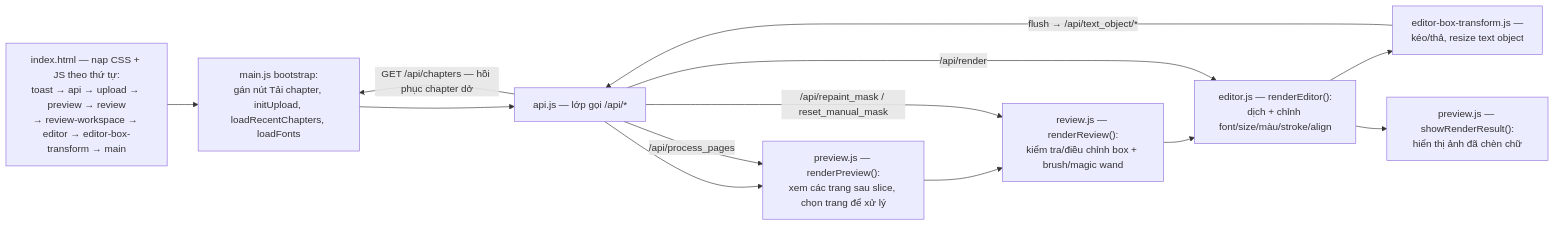
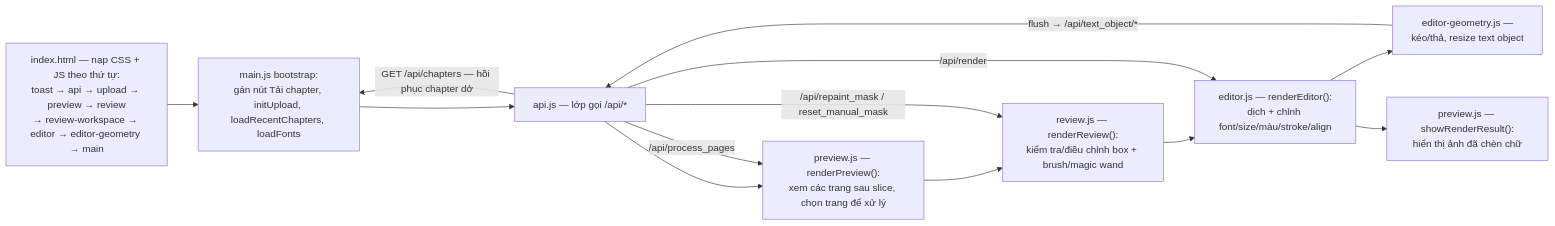
Before and after one commit to tuantran00541-spec/manga-translator: diagram 11 of 12 in docs/ARCHITECTURE.md, drawn with Mermaid. The commit also changed other lines of this file and 23 other files, not shown here.

````diff
--- a/docs/ARCHITECTURE.md
+++ b/docs/ARCHITECTURE.md
@@ -287,15 +287,15 @@
 ```mermaid
 flowchart LR
-    A["index.html — nạp CSS + JS theo thứ tự:<br/>toast → api → upload → preview → review<br/>→ review-workspace → editor → editor-box-transform → main"] --> B["main.js bootstrap:<br/>gán nút Tải chapter, initUpload, loadRecentChapters, loadFonts"]
+    A["index.html — nạp CSS + JS theo thứ tự:<br/>toast → api → upload → preview → review<br/>→ review-workspace → editor → editor-geometry → main"] --> B["main.js bootstrap:<br/>gán nút Tải chapter, initUpload, loadRecentChapters, loadFonts"]
     B --> C["api.js — lớp gọi /api/*"]
     C --> D["preview.js — renderPreview():<br/>xem các trang sau slice, chọn trang để xử lý"]
     D --> E["review.js — renderReview():<br/>kiểm tra/điều chỉnh box + brush/magic wand"]
     E --> F["editor.js — renderEditor():<br/>dịch + chỉnh font/size/màu/stroke/align"]
-    F --> G["editor-box-transform.js —<br/>kéo/thả, resize text object"]
+    F --> G["editor-geometry.js —<br/>kéo/thả, resize text object"]
     G -->|"flush → /api/text_object/*"| C
     C -->|"/api/process_pages"| D
     C -->|"/api/repaint_mask / reset_manual_mask"| E
     C -->|"/api/render"| F
     F --> H["preview.js — showRenderResult():<br/>hiển thị ảnh đã chèn chữ"]
     C -->|"GET /api/chapters — hồi phục chapter dở"| B
 ```
````
